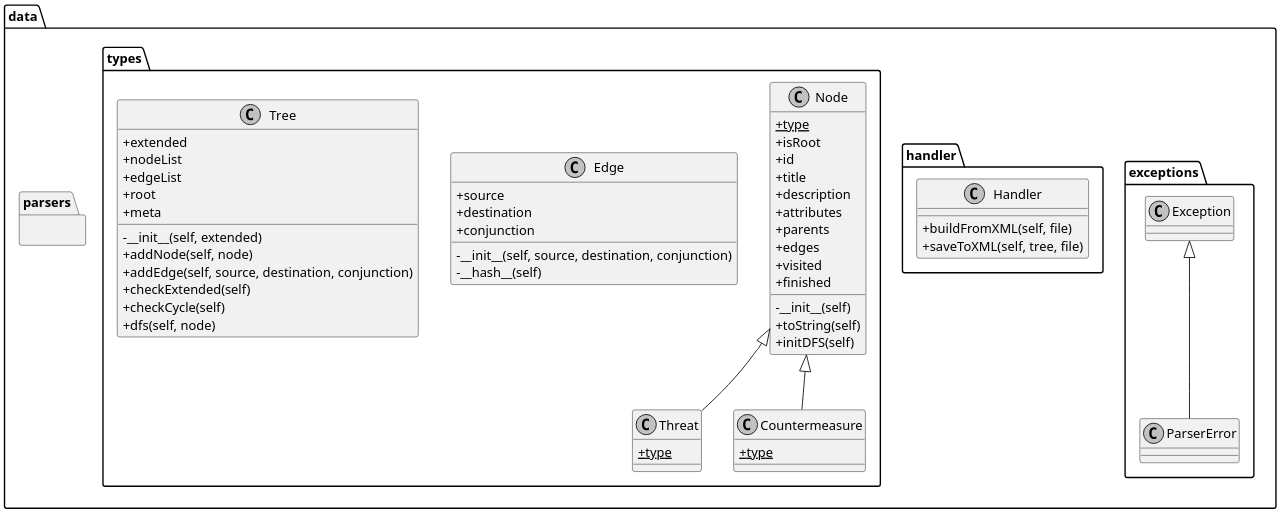
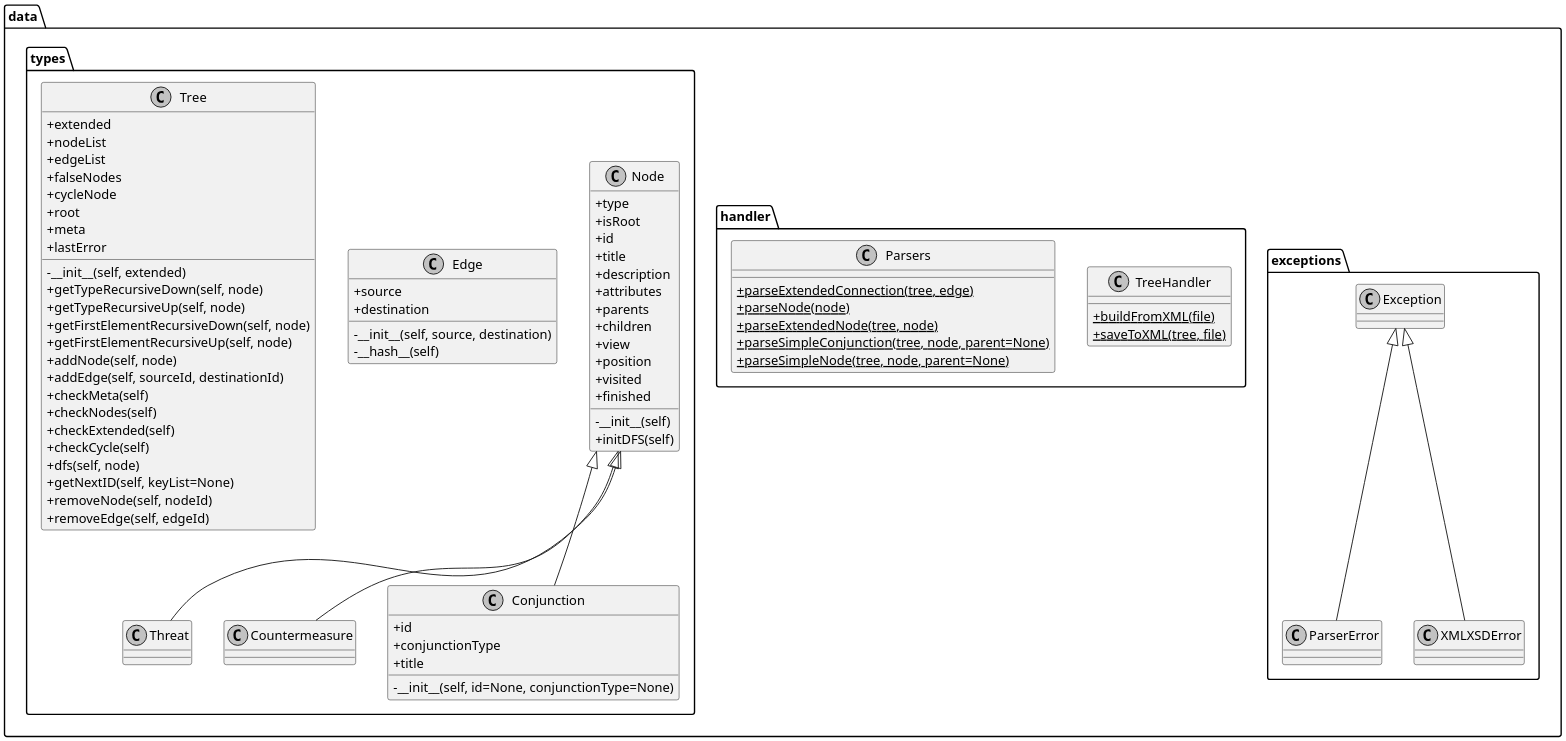
One commit to 0x6b7966/attackTreeDraw changed the diagram in doc/uml/data.puml. Above: the diagram before and after it, drawn with PlantUML. The commit also changed 2 other files, not shown here.

```diff
--- a/doc/uml/data.puml
+++ b/doc/uml/data.puml
@@ -1,74 +1,102 @@
 @startuml
 skinparam monochrome true
 skinparam classAttributeIconSize 0
 scale 2
 
 namespace data {
   namespace exceptions {
     Exception <|-- ParserError
     class ParserError {
     }
 
-  }
-  namespace handler {
-    class Handler {
-      +buildFromXML(self, file)
-      +saveToXML(self, tree, file)
+    Exception <|-- XMLXSDError
+    class XMLXSDError {
     }
 
   }
-  namespace parsers {
+  namespace handler {
+    class TreeHandler {
+      +buildFromXML(file){static}
+      +saveToXML(tree, file){static}
+    }
+
+    class Parsers {
+      +parseExtendedConnection(tree, edge){static}
+      +parseNode(node){static}
+      +parseExtendedNode(tree, node){static}
+      +parseSimpleConjunction(tree, node, parent=None){static}
+      +parseSimpleNode(tree, node, parent=None){static}
+    }
+
   }
   namespace types {
     class Node {
-      {static} +type
+      +type
       +isRoot
       +id
       +title
       +description
       +attributes
       +parents
-      +edges
+      +children
+      +view
+      +position
       +visited
       +finished
       -__init__(self)
-      +toString(self)
       +initDFS(self)
     }
 
     Node <|-- Threat
     class Threat {
-      {static} +type
     }
 
     Node <|-- Countermeasure
     class Countermeasure {
-      {static} +type
+    }
+
+    Node <|-- Conjunction
+    class Conjunction {
+      +id
+      +conjunctionType
+      +title
+      -__init__(self, id=None, conjunctionType=None)
     }
 
     class Edge {
       +source
       +destination
-      +conjunction
-      -__init__(self, source, destination, conjunction)
+      -__init__(self, source, destination)
       -__hash__(self)
     }
 
     class Tree {
       +extended
       +nodeList
       +edgeList
+      +falseNodes
+      +cycleNode
       +root
       +meta
+      +lastError
       -__init__(self, extended)
+      +getTypeRecursiveDown(self, node)
+      +getTypeRecursiveUp(self, node)
+      +getFirstElementRecursiveDown(self, node)
+      +getFirstElementRecursiveUp(self, node)
       +addNode(self, node)
-      +addEdge(self, source, destination, conjunction)
+      +addEdge(self, sourceId, destinationId)
+      +checkMeta(self)
+      +checkNodes(self)
       +checkExtended(self)
       +checkCycle(self)
       +dfs(self, node)
+      +getNextID(self, keyList=None)
+      +removeNode(self, nodeId)
+      +removeEdge(self, edgeId)
     }
 
   }
 }
 
 @enduml
```
